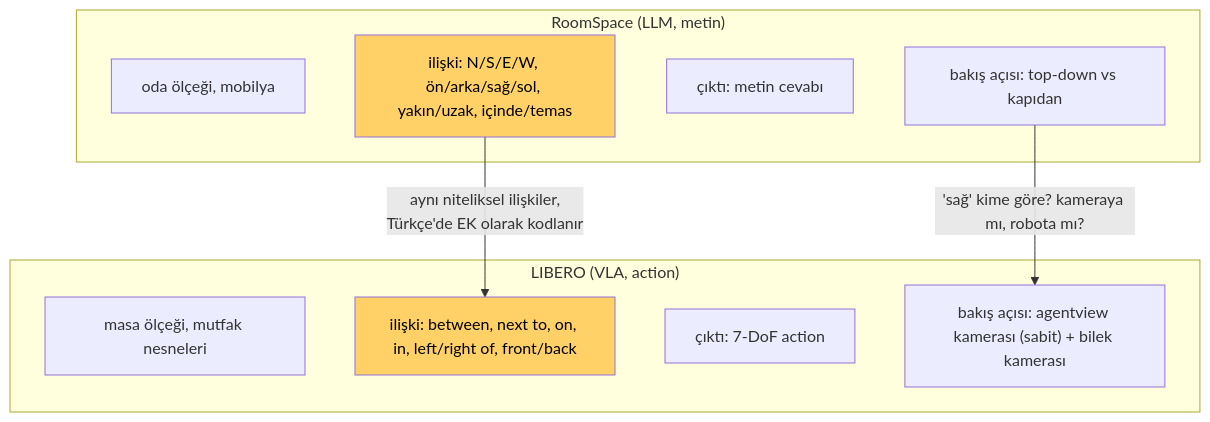
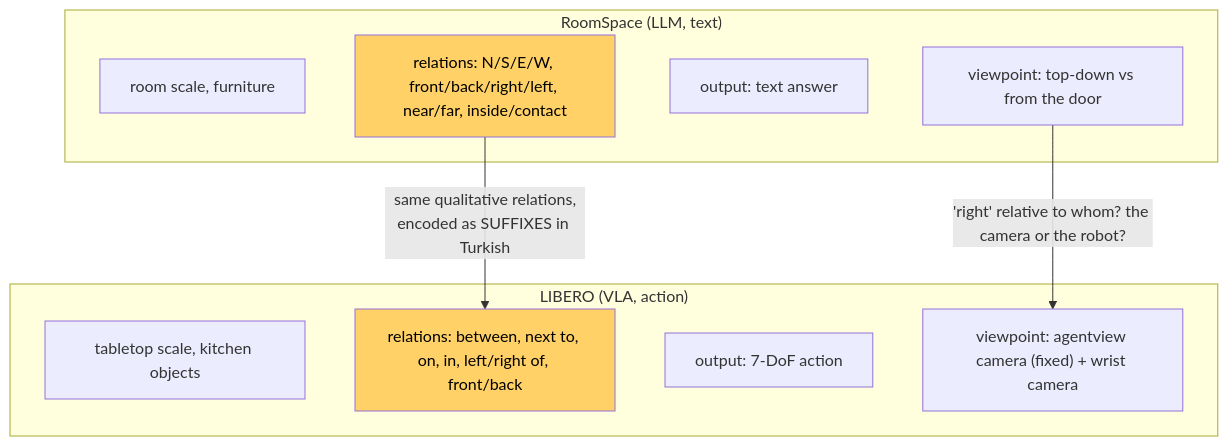
One commit to mesutd0nmez/vla-robot-learning-tr changed the diagram in lectures/images/lecture-07/03-bridge.mmd. Above: the diagram before and after it, drawn with Mermaid. The commit also changed 430 other files, not shown here.

```diff
--- a/lectures/images/lecture-07/03-bridge.mmd
+++ b/lectures/images/lecture-07/03-bridge.mmd
@@ -1,11 +1,11 @@
 flowchart TB
-    subgraph RS["RoomSpace (LLM, metin)"]
-        r1["oda ölçeği, mobilya"]; r2["ilişki: N/S/E/W, ön/arka/sağ/sol, yakın/uzak, içinde/temas"]; r3["çıktı: metin cevabı"]; r4["bakış açısı: top-down vs kapıdan"]
+    subgraph RS["RoomSpace (LLM, text)"]
+        r1["room scale, furniture"]; r2["relations: N/S/E/W, front/back/right/left, near/far, inside/contact"]; r3["output: text answer"]; r4["viewpoint: top-down vs from the door"]
     end
     subgraph LB["LIBERO (VLA, action)"]
-        l1["masa ölçeği, mutfak nesneleri"]; l2["ilişki: between, next to, on, in, left/right of, front/back"]; l3["çıktı: 7-DoF action"]; l4["bakış açısı: agentview kamerası (sabit) + bilek kamerası"]
+        l1["tabletop scale, kitchen objects"]; l2["relations: between, next to, on, in, left/right of, front/back"]; l3["output: 7-DoF action"]; l4["viewpoint: agentview camera (fixed) + wrist camera"]
     end
-    r2 -->|"aynı niteliksel ilişkiler,<br/>Türkçe'de EK olarak kodlanır"| l2
-    r4 -->|"'sağ' kime göre? kameraya mı, robota mı?"| l4
+    r2 -->|"same qualitative relations,<br/>encoded as SUFFIXES in Turkish"| l2
+    r4 -->|"'right' relative to whom? the camera or the robot?"| l4
     style r2 fill:#ffd166,color:#000
     style l2 fill:#ffd166,color:#000
```
